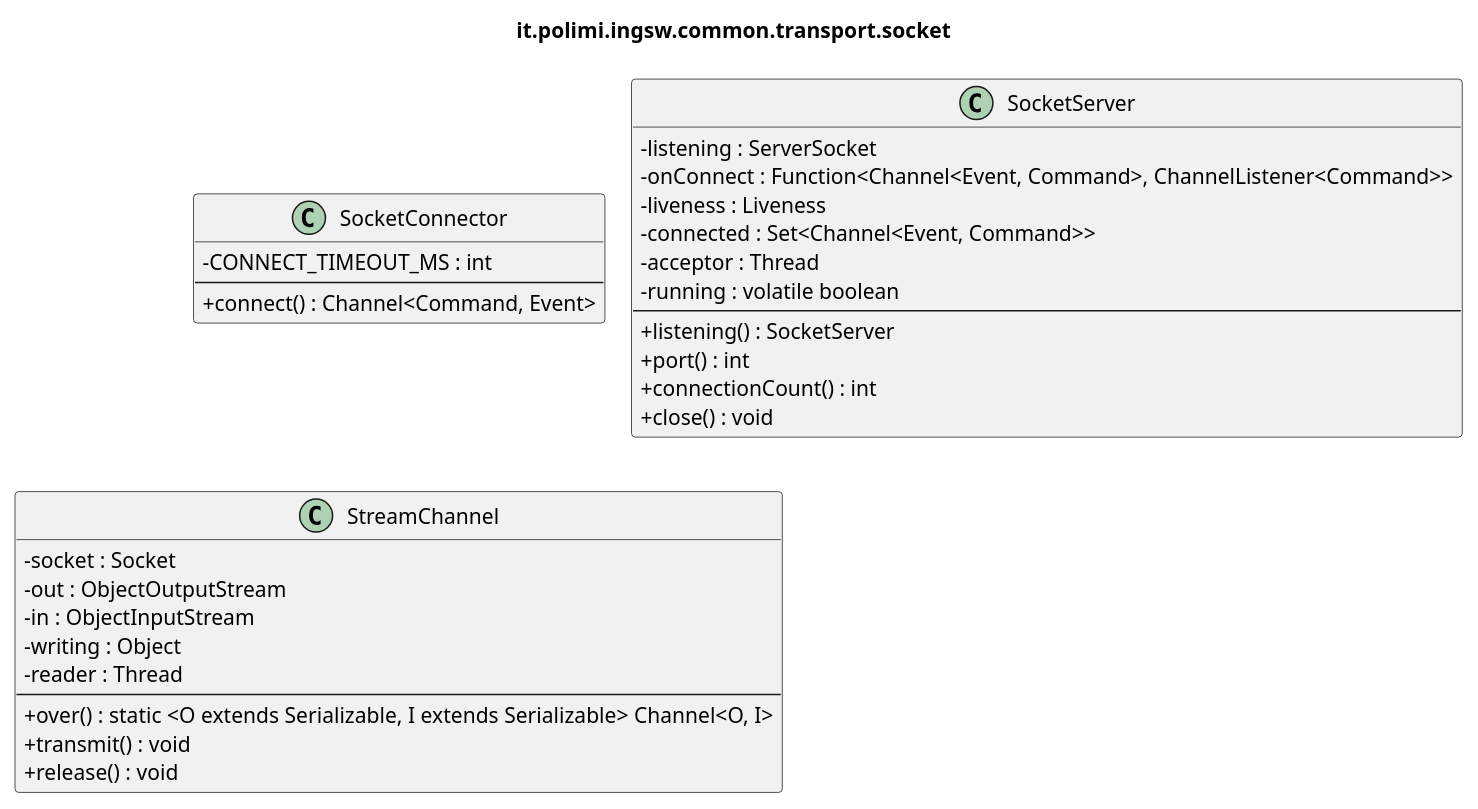
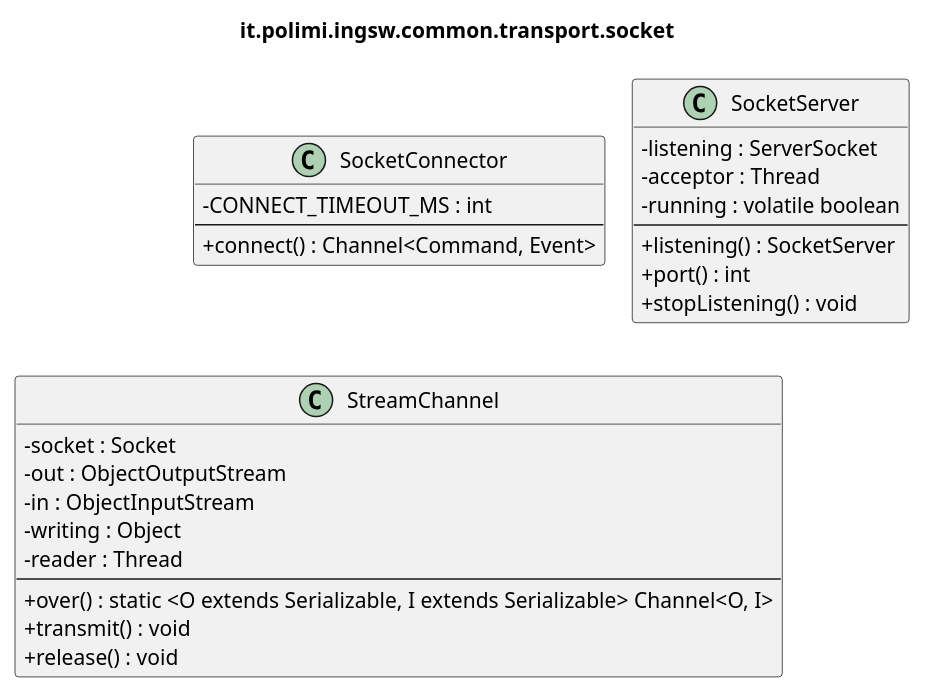
One commit to samuelesegrini/ing-sw-2025-segrini-terribile-varricchio-zanca changed the diagram in docs/uml/detailed/common-transport-socket.puml. Above: the diagram before and after it, drawn with PlantUML. The commit also changed 13 other files, not shown here.

```diff
--- a/docs/uml/detailed/common-transport-socket.puml
+++ b/docs/uml/detailed/common-transport-socket.puml
@@ -1,38 +1,34 @@
 @startuml it_polimi_ingsw_common_transport_socket
 ' Generated by tools/uml/generate-detailed.py. Do not edit by hand.
 !pragma layout smetana
 skinparam shadowing false
 skinparam classAttributeIconSize 0
 title it.polimi.ingsw.common.transport.socket
 
 class SocketConnector {
   -CONNECT_TIMEOUT_MS : int
   --
   +connect() : Channel<Command, Event>
 }
 class SocketServer {
   -listening : ServerSocket
-  -onConnect : Function<Channel<Event, Command>, ChannelListener<Command>>
-  -liveness : Liveness
-  -connected : Set<Channel<Event, Command>>
   -acceptor : Thread
   -running : volatile boolean
   --
   +listening() : SocketServer
   +port() : int
-  +connectionCount() : int
-  +close() : void
+  +stopListening() : void
 }
 class StreamChannel {
   -socket : Socket
   -out : ObjectOutputStream
   -in : ObjectInputStream
   -writing : Object
   -reader : Thread
   --
   +over() : static <O extends Serializable, I extends Serializable> Channel<O, I>
   +transmit() : void
   +release() : void
 }
 
 @enduml
```
